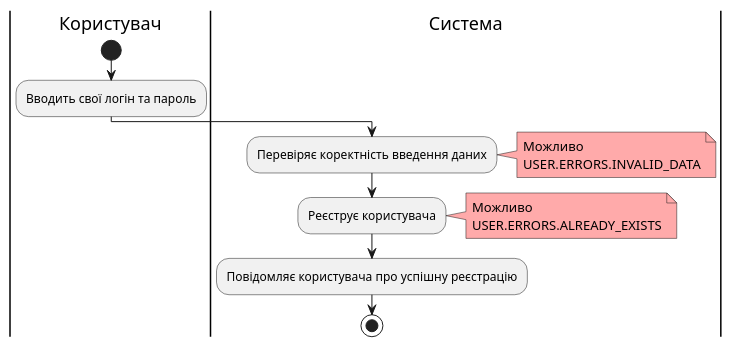
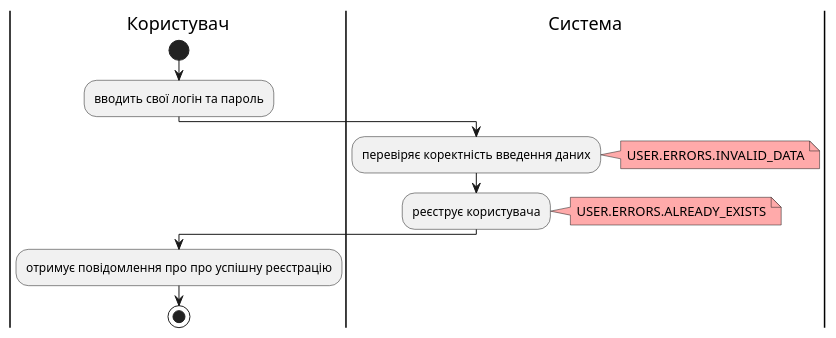
Before and after one commit to yarikkot04/Sup: diagram 20 of 23 in docs/use cases/README.md, drawn with PlantUML. The commit also changed other lines of this file and 1 other file, not shown here.

```diff
--- a/docs/use cases/README.md
+++ b/docs/use cases/README.md
@@ -901,20 +911,19 @@
 @startuml
 
     |Користувач|
      start
-      :Вводить свої логін та пароль;
+      :вводить свої логін та пароль;
     |Система|
-      :Перевіряє коректність введення даних;
+      :перевіряє коректність введення даних;
        note right #ffaaaa
-       Можливо
        USER.ERRORS.INVALID_DATA
        end note
-      :Реєструє користувача;
+      :реєструє користувача;
        note right #ffaaaa
-       Можливо
        USER.ERRORS.ALREADY_EXISTS
        end note
-      :Повідомляє користувача про успішну реєстрацію;
+    |Користувач|
+      :отримує повідомлення про про успішну реєстрацію;
        stop;
 
 @enduml
```
